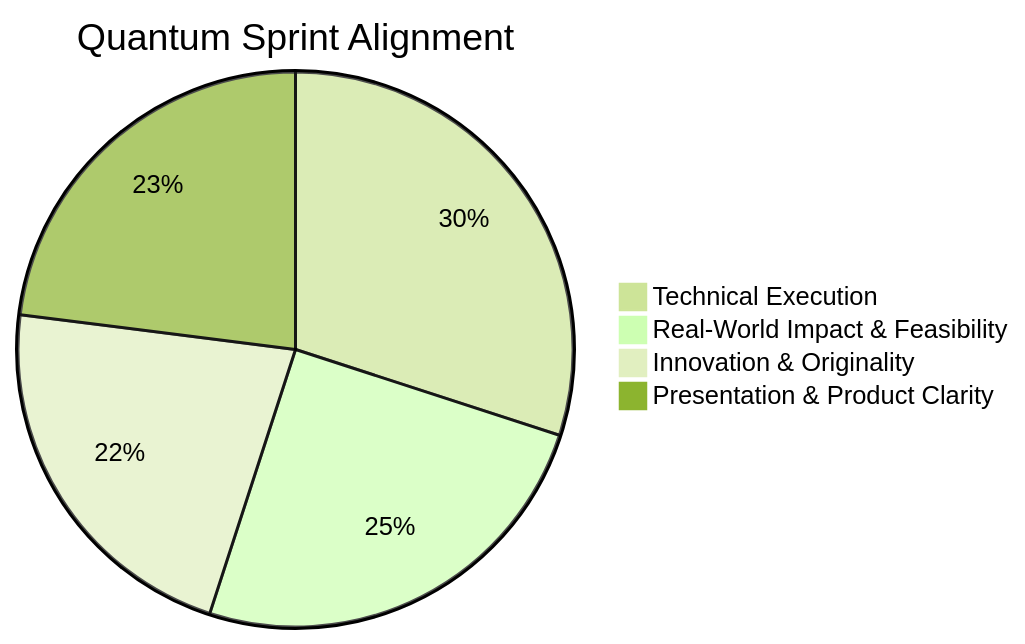
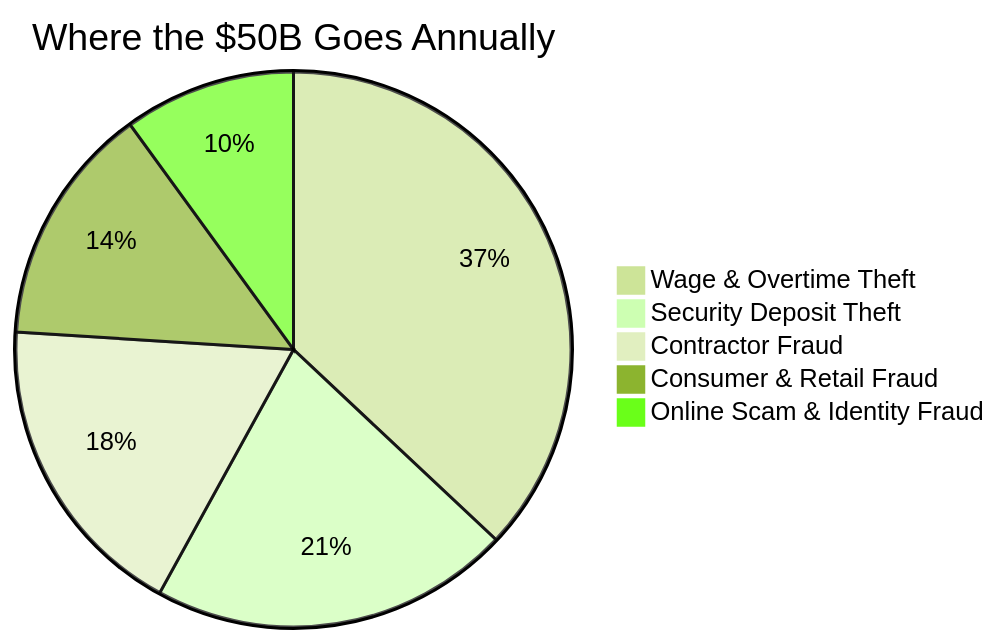
One commit to Iceman-Dann/Evidence-Locker changed the first of 12 diagrams in README.md. Above: the diagram before and after it, drawn with Mermaid (forest theme). The commit also changed other lines of this file, not shown here.

````diff
--- a/README.md
+++ b/README.md
@@ -106,7 +44,8 @@
 ```mermaid
-pie title Quantum Sprint Alignment
-    "Technical Execution" : 30
-    "Real-World Impact & Feasibility" : 25
-    "Innovation & Originality" : 22
-    "Presentation & Product Clarity" : 23
+pie title Where the $50B Goes Annually
+    "Wage & Overtime Theft" : 37
+    "Security Deposit Theft" : 21
+    "Contractor Fraud" : 18
+    "Consumer & Retail Fraud" : 14
+    "Online Scam & Identity Fraud" : 10
 ```
````
